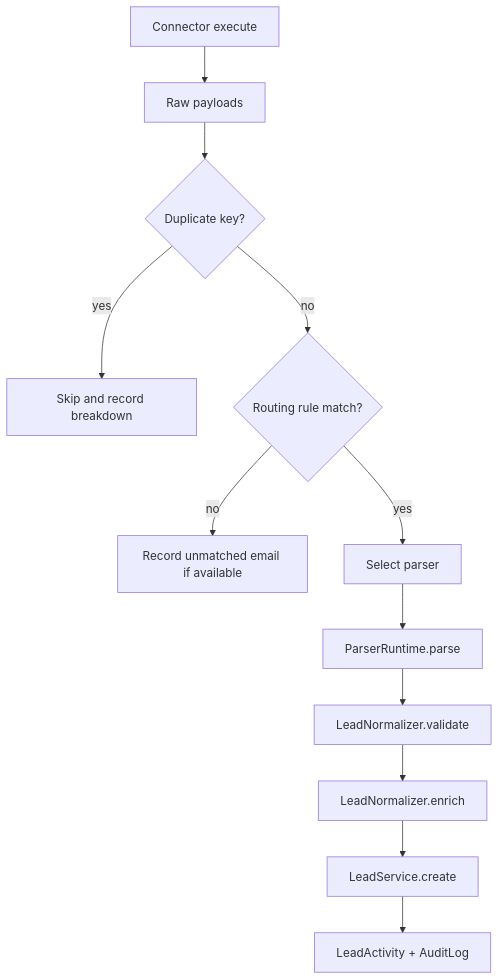
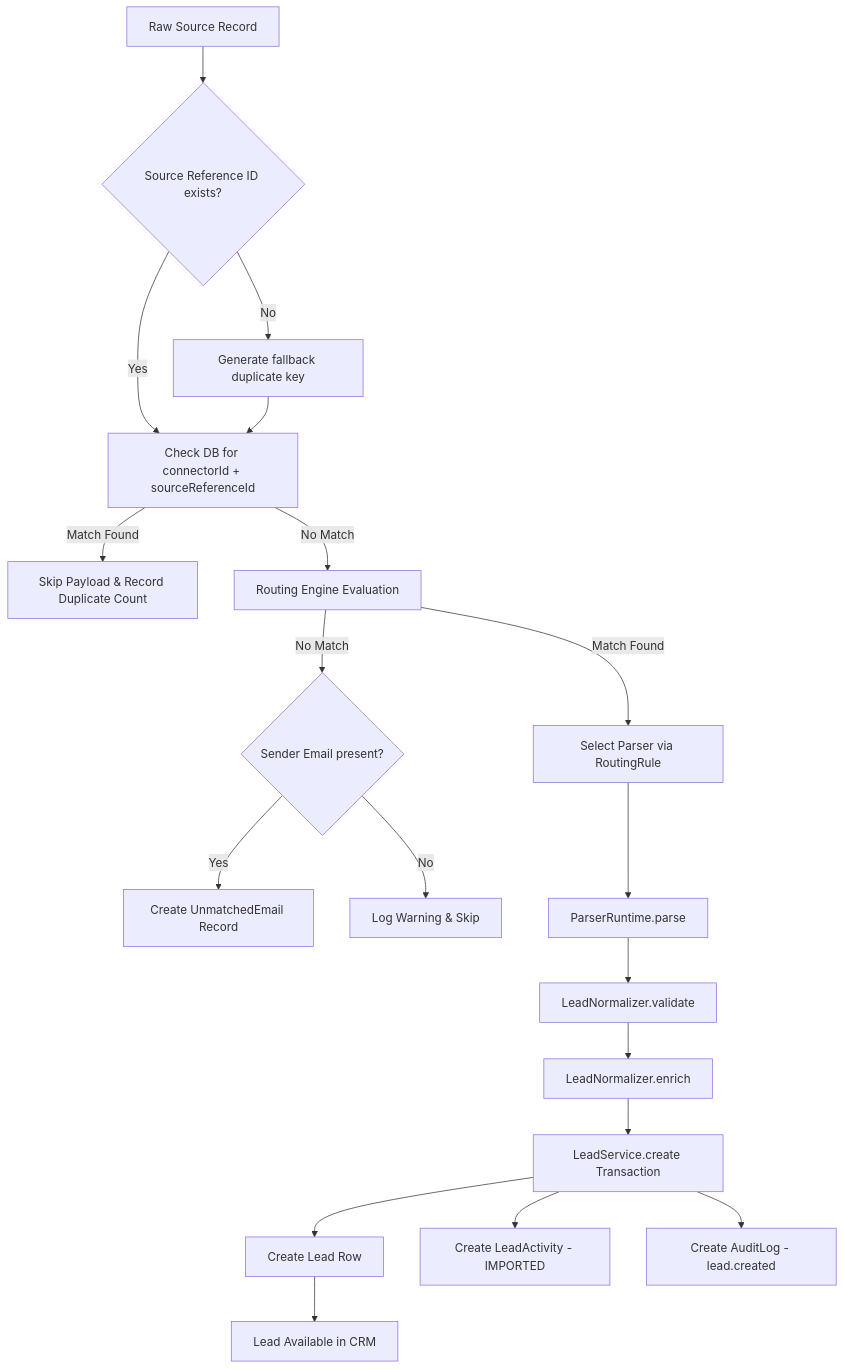
The fifth of 11 diagrams in docs/02_ARCHITECTURE.md (slept3arly/leadbridge), drawn with Mermaid before and after one commit. The commit also changed other lines of this file and 75 other files, not shown here.

````diff
--- a/docs/02_ARCHITECTURE.md
+++ b/docs/02_ARCHITECTURE.md
@@ -143,14 +198,21 @@
 ```mermaid
 flowchart TD
-  A[Connector execute] --> B[Raw payloads]
-  B --> C{Duplicate key?}
-  C -->|yes| D[Skip and record breakdown]
-  C -->|no| E{Routing rule match?}
-  E -->|no| F[Record unmatched email if available]
-  E -->|yes| G[Select parser]
-  G --> H[ParserRuntime.parse]
-  H --> I[LeadNormalizer.validate]
-  I --> J[LeadNormalizer.enrich]
-  J --> K[LeadService.create]
-  K --> L[LeadActivity + AuditLog]
+    A[Raw Source Record] --> B{Source Reference ID exists?}
+    B -->|Yes| C[Check DB for connectorId + sourceReferenceId]
+    B -->|No| D[Generate fallback duplicate key]
+    D --> C
+    C -->|Match Found| E[Skip Payload & Record Duplicate Count]
+    C -->|No Match| F[Routing Engine Evaluation]
+    F -->|No Match| G{Sender Email present?}
+    G -->|Yes| H[Create UnmatchedEmail Record]
+    G -->|No| I[Log Warning & Skip]
+    F -->|Match Found| J[Select Parser via RoutingRule]
+    J --> K[ParserRuntime.parse]
+    K --> L[LeadNormalizer.validate]
+    L --> M[LeadNormalizer.enrich]
+    M --> N[LeadService.create Transaction]
+    N --> O[Create Lead Row]
+    N --> P[Create LeadActivity - IMPORTED]
+    N --> Q[Create AuditLog - lead.created]
+    O --> R[Lead Available in CRM]
 ```
````
